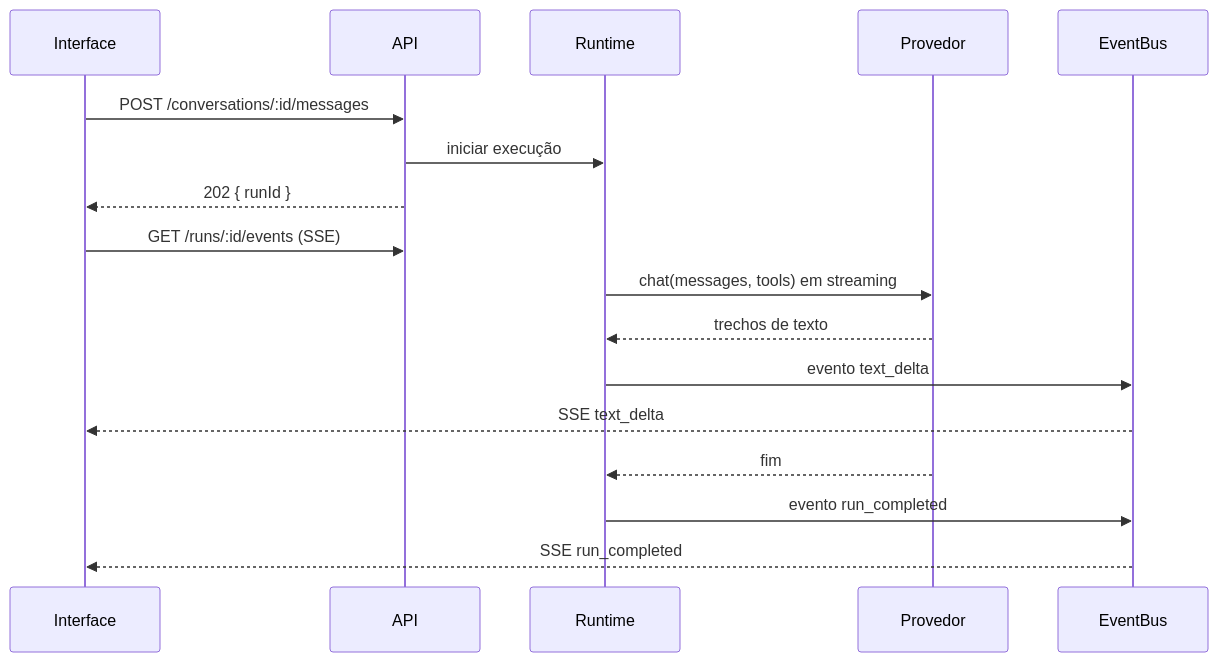
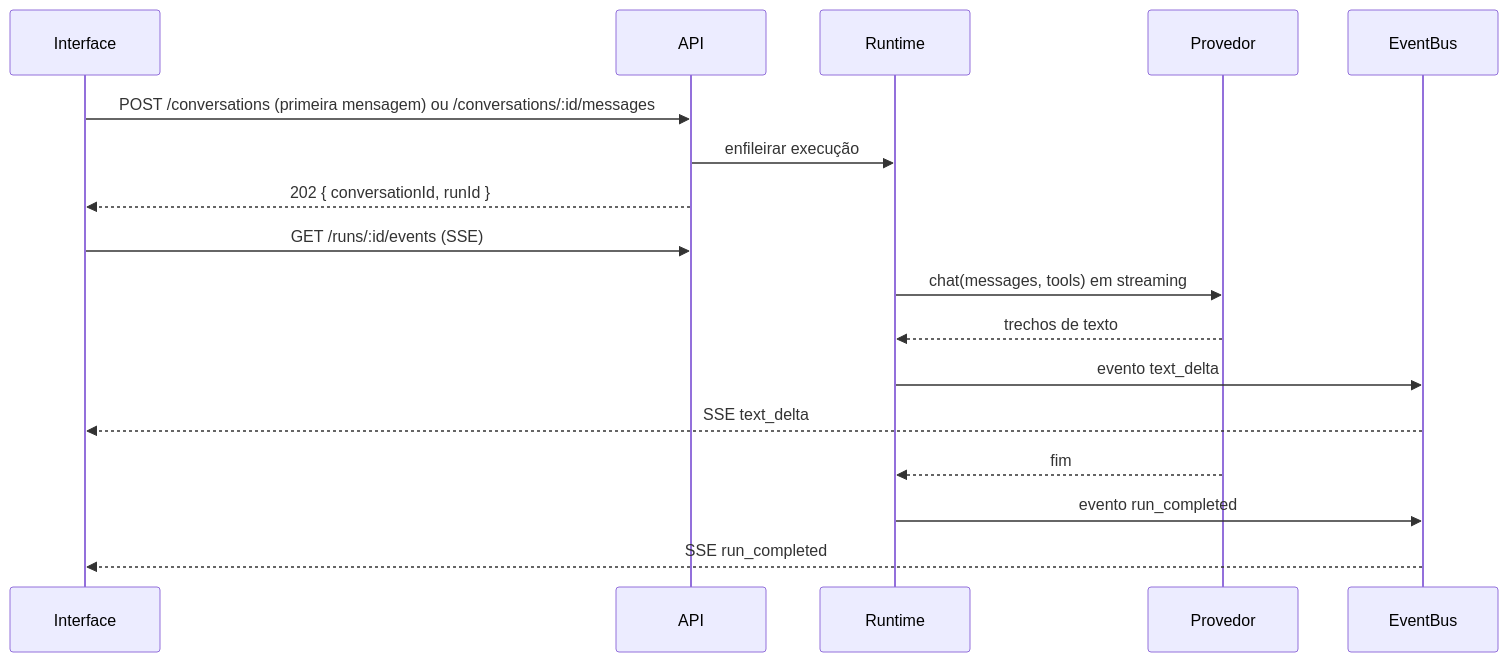
Before and after one commit to NickollasSilva13/enterprise-agents: the second of 2 diagrams in ARCHITECTURE.md, drawn with Mermaid. The commit also changed other lines of this file and 130 other files, not shown here.

````diff
--- a/ARCHITECTURE.md
+++ b/ARCHITECTURE.md
@@ -104,19 +104,19 @@
 ```mermaid
 sequenceDiagram
   participant U as Interface
   participant A as API
   participant R as Runtime
   participant P as Provedor
   participant B as EventBus
-  U->>A: POST /conversations/:id/messages
-  A->>R: iniciar execução
-  A-->>U: 202 { runId }
+  U->>A: POST /conversations (primeira mensagem) ou /conversations/:id/messages
+  A->>R: enfileirar execução
+  A-->>U: 202 { conversationId, runId }
   U->>A: GET /runs/:id/events (SSE)
   R->>P: chat(messages, tools) em streaming
   P-->>R: trechos de texto
   R->>B: evento text_delta
   B-->>U: SSE text_delta
   P-->>R: fim
   R->>B: evento run_completed
   B-->>U: SSE run_completed
 ```
````
